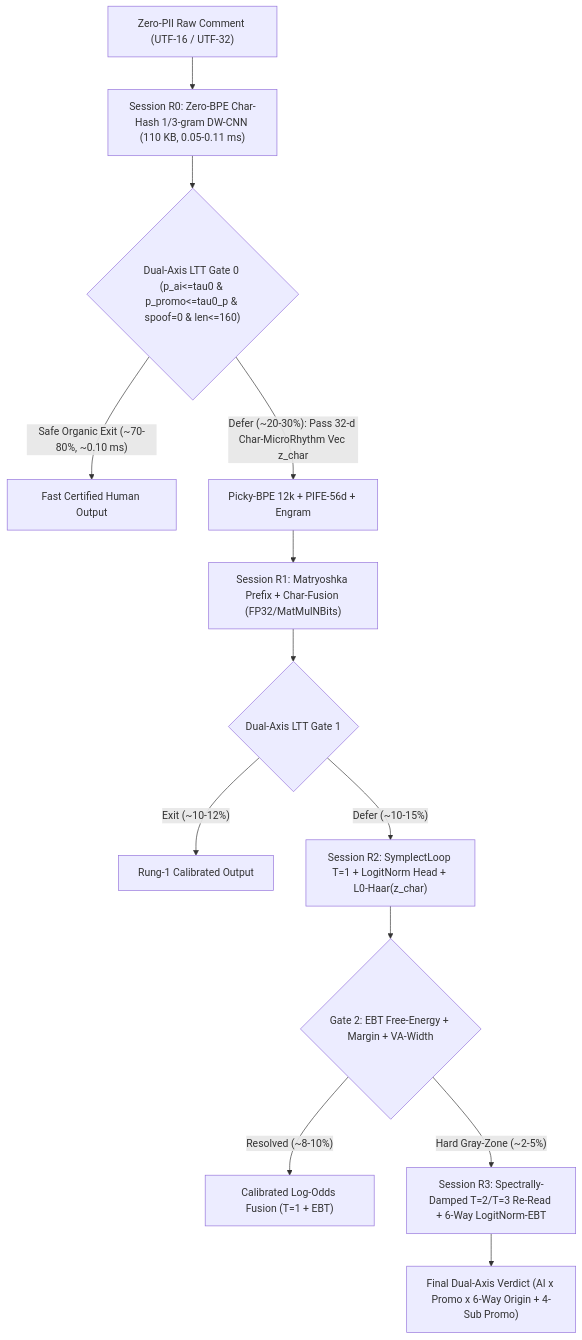
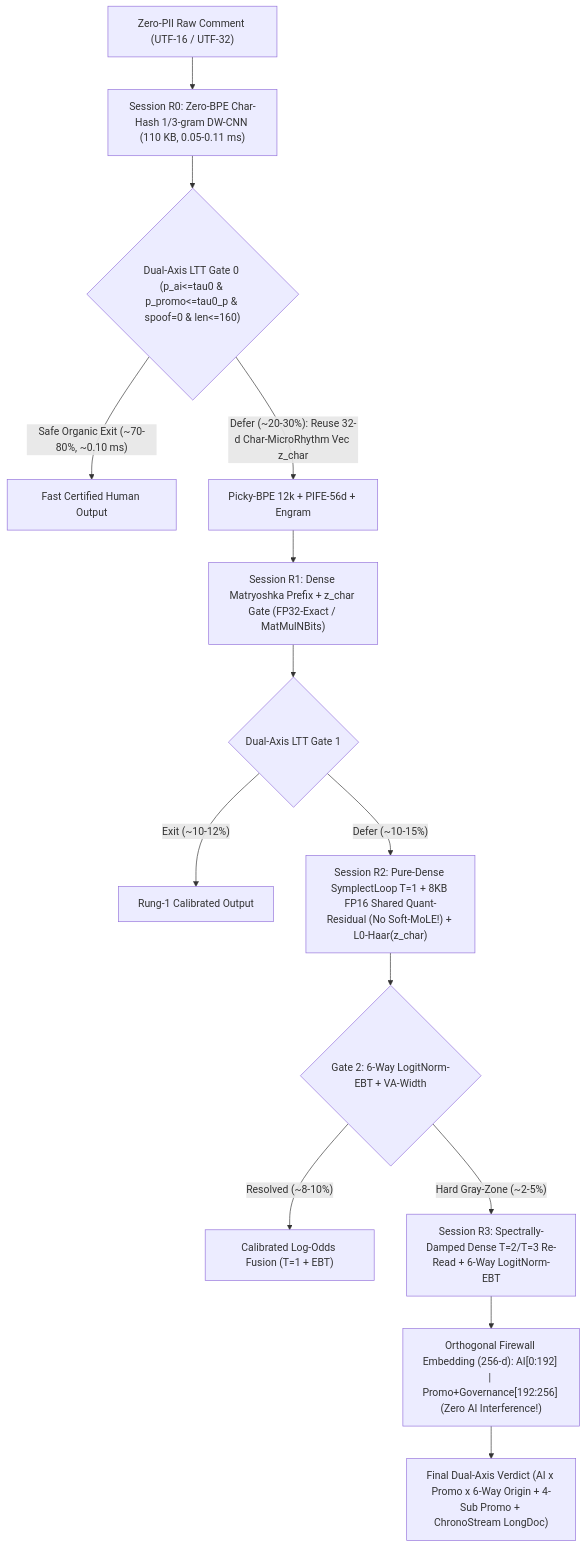
Before and after one commit to jichuo1/MeguvizCAC: the diagram in docs/roadmap-v1.2.0-apexnano-omni.md, drawn with Mermaid. The commit also changed other lines of this file, not shown here.

Commit message:
docs(v1.2.0): finalize Dense-First + 10.5KB SharedQuantRes + Firewall-Slot ADR, MGVZ7 byte budget, and Gold-v2 refinery plan

````diff
--- a/docs/roadmap-v1.2.0-apexnano-omni.md
+++ b/docs/roadmap-v1.2.0-apexnano-omni.md
@@ -75,15 +86,16 @@
 ```mermaid
 flowchart TD
     RAW["Zero-PII Raw Comment (UTF-16 / UTF-32)"] --> R0["Session R0: Zero-BPE Char-Hash 1/3-gram DW-CNN (110 KB, 0.05-0.11 ms)"]
     R0 --> G0{"Dual-Axis LTT Gate 0 (p_ai<=tau0 & p_promo<=tau0_p & spoof=0 & len<=160)"}
     G0 -->|"Safe Organic Exit (~70-80%, ~0.10 ms)"| OUT0["Fast Certified Human Output"]
-    G0 -->|"Defer (~20-30%): Pass 32-d Char-MicroRhythm Vec z_char"| BPE["Picky-BPE 12k + PIFE-56d + Engram"]
-    BPE --> R1["Session R1: Matryoshka Prefix + Char-Fusion (FP32/MatMulNBits)"]
+    G0 -->|"Defer (~20-30%): Reuse 32-d Char-MicroRhythm Vec z_char"| BPE["Picky-BPE 12k + PIFE-56d + Engram"]
+    BPE --> R1["Session R1: Dense Matryoshka Prefix + z_char Gate (FP32-Exact / MatMulNBits)"]
     R1 --> G1{"Dual-Axis LTT Gate 1"}
     G1 -->|"Exit (~10-12%)"| OUT1["Rung-1 Calibrated Output"]
-    G1 -->|"Defer (~10-15%)"| R2["Session R2: SymplectLoop T=1 + LogitNorm Head + L0-Haar(z_char)"]
-    R2 --> G2{"Gate 2: EBT Free-Energy + Margin + VA-Width"}
+    G1 -->|"Defer (~10-15%)"| R2["Session R2: Pure-Dense SymplectLoop T=1 + 8KB FP16 Shared Quant-Residual (No Soft-MoLE!) + L0-Haar(z_char)"]
+    R2 --> G2{"Gate 2: 6-Way LogitNorm-EBT + VA-Width"}
     G2 -->|"Resolved (~8-10%)"| OUT2["Calibrated Log-Odds Fusion (T=1 + EBT)"]
-    G2 -->|"Hard Gray-Zone (~2-5%)"| R3["Session R3: Spectrally-Damped T=2/T=3 Re-Read + 6-Way LogitNorm-EBT"]
-    R3 --> OUT3["Final Dual-Axis Verdict (AI x Promo x 6-Way Origin + 4-Sub Promo)"]
+    G2 -->|"Hard Gray-Zone (~2-5%)"| R3["Session R3: Spectrally-Damped Dense T=2/T=3 Re-Read + 6-Way LogitNorm-EBT"]
+    R3 --> SUB["Orthogonal Firewall Embedding (256-d): AI[0:192] | Promo+Governance[192:256] (Zero AI Interference!)"]
+    SUB --> OUT3["Final Dual-Axis Verdict (AI x Promo x 6-Way Origin + 4-Sub Promo + ChronoStream LongDoc)"]
 ```
````
